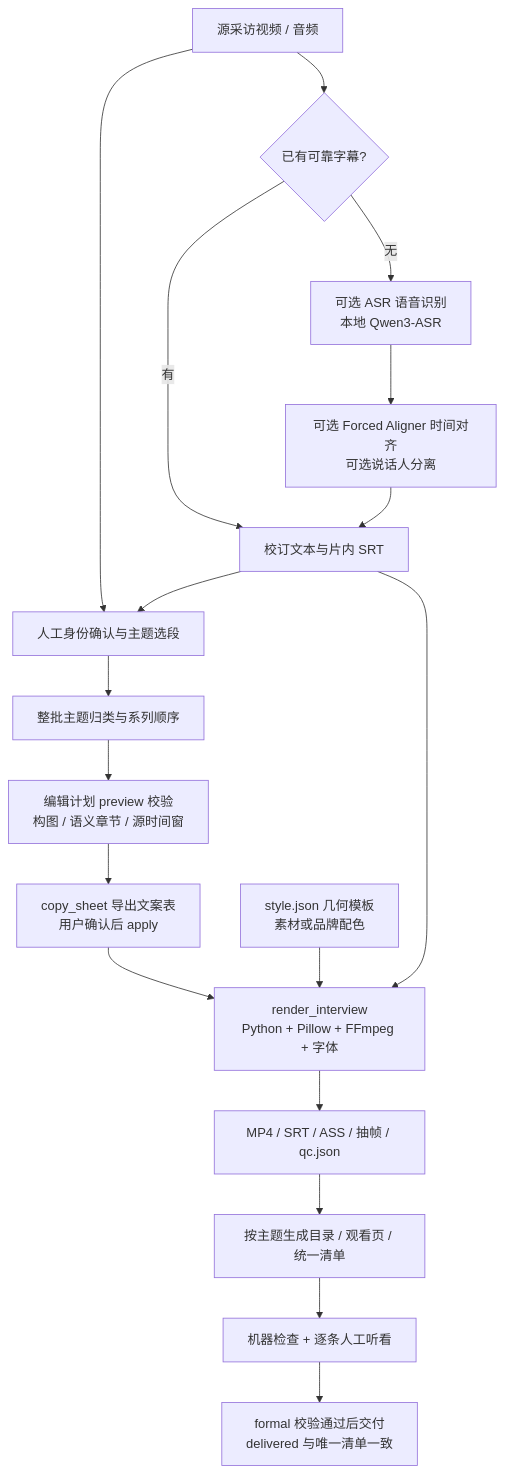
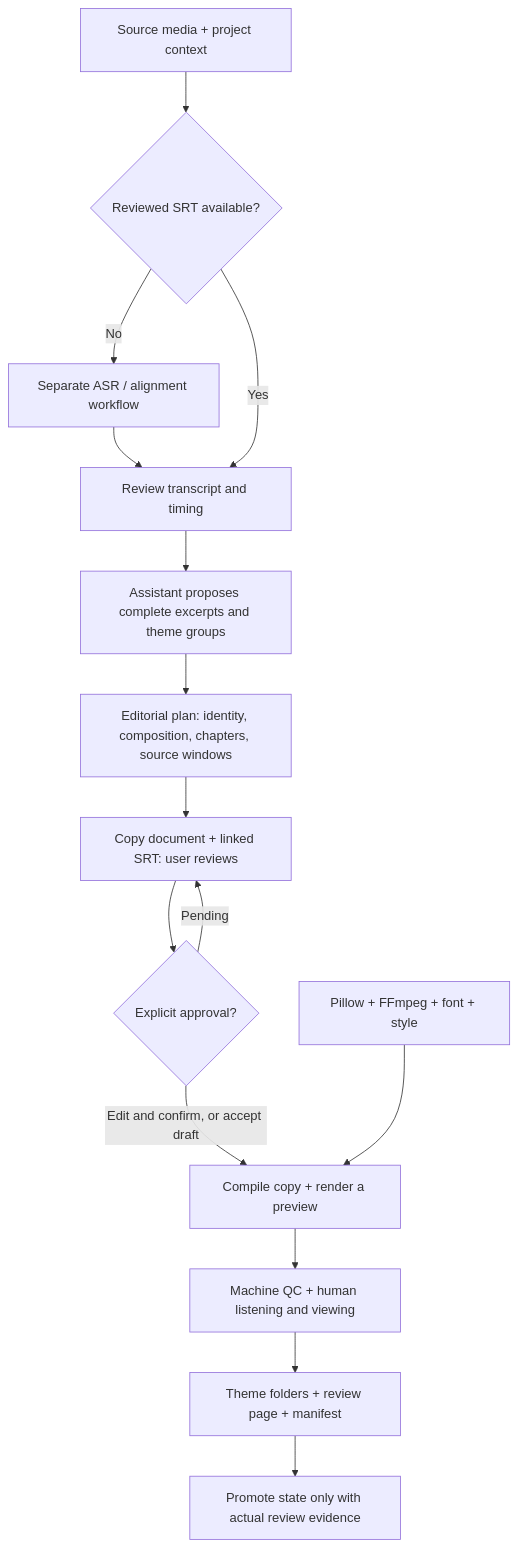
The diagram in README.md (lichtweiss/interview-to-short-video-skill), drawn with Mermaid before and after one commit. The commit also changed other lines of this file and 15 other files, not shown here.

````diff
--- a/README.md
+++ b/README.md
@@ -9,20 +37,17 @@
 ```mermaid
 flowchart TD
-    A["源采访视频 / 音频"] --> B{已有可靠字幕?}
-    B -->|有| E["校订文本与片内 SRT"]
-    B -->|无| C["可选 ASR 语音识别<br/>本地 Qwen3-ASR"]
-    C --> D["可选 Forced Aligner 时间对齐<br/>可选说话人分离"]
-    D --> E
-    A --> F["人工身份确认与主题选段"]
-    E --> F
-    F --> T["整批主题归类与系列顺序"]
-    T --> G["编辑计划 preview 校验<br/>构图 / 语义章节 / 源时间窗"]
-    G --> H["copy_sheet 导出文案表<br/>用户确认后 apply"]
-    H --> I["render_interview<br/>Python + Pillow + FFmpeg + 字体"]
-    J["style.json 几何模板<br/>素材或品牌配色"] --> I
-    E --> I
-    I --> K["MP4 / SRT / ASS / 抽帧 / qc.json"]
-    K --> R["按主题生成目录 / 观看页 / 统一清单"]
-    R --> L["机器检查 + 逐条人工听看"]
-    L --> M["formal 校验通过后交付<br/>delivered 与唯一清单一致"]
+    A["Source media + project context"] --> B{"Reviewed SRT available?"}
+    B -->|No| C["Separate ASR / alignment workflow"]
+    C --> D["Review transcript and timing"]
+    B -->|Yes| D
+    D --> E["Assistant proposes complete excerpts and theme groups"]
+    E --> F["Editorial plan: identity, composition, chapters, source windows"]
+    F --> G["Copy document + linked SRT: user reviews"]
+    G --> H{"Explicit approval?"}
+    H -->|"Edit and confirm, or accept draft"| I["Compile copy + render a preview"]
+    H -->|"Pending"| G
+    J["Pillow + FFmpeg + font + style"] --> I
+    I --> K["Machine QC + human listening and viewing"]
+    K --> L["Theme folders + review page + manifest"]
+    L --> M["Promote state only with actual review evidence"]
 ```
````
